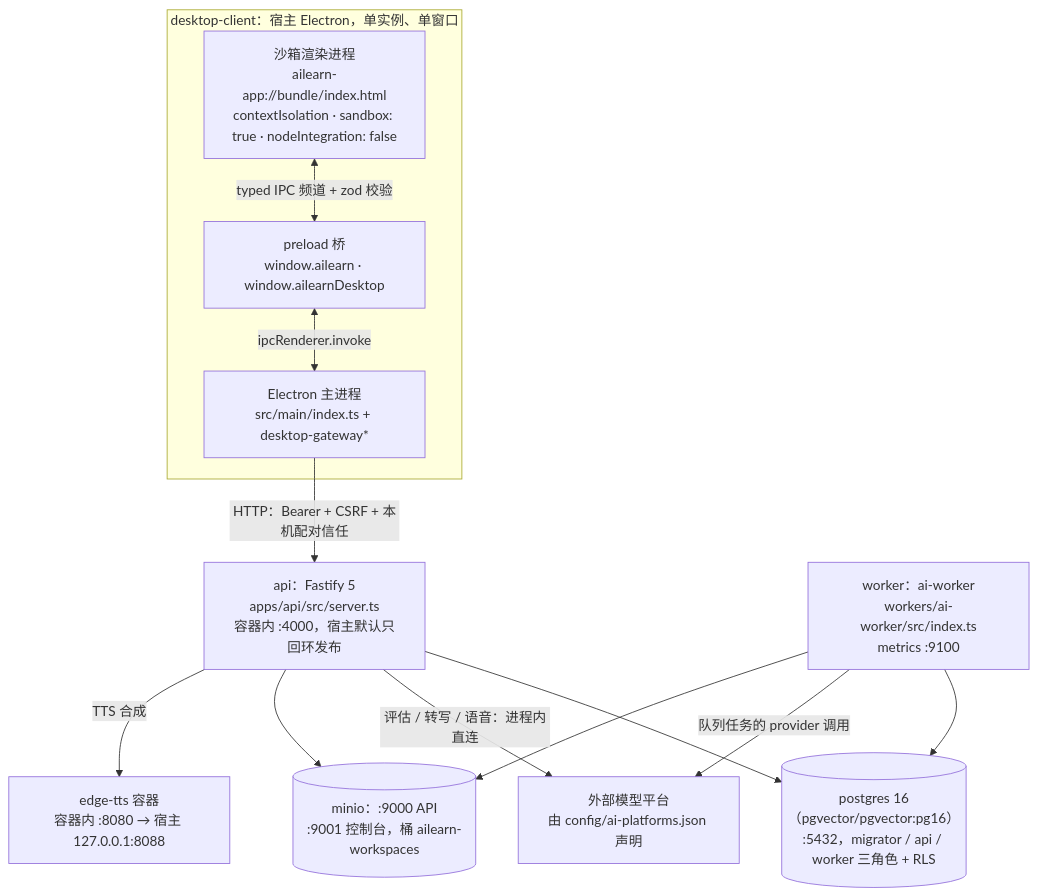
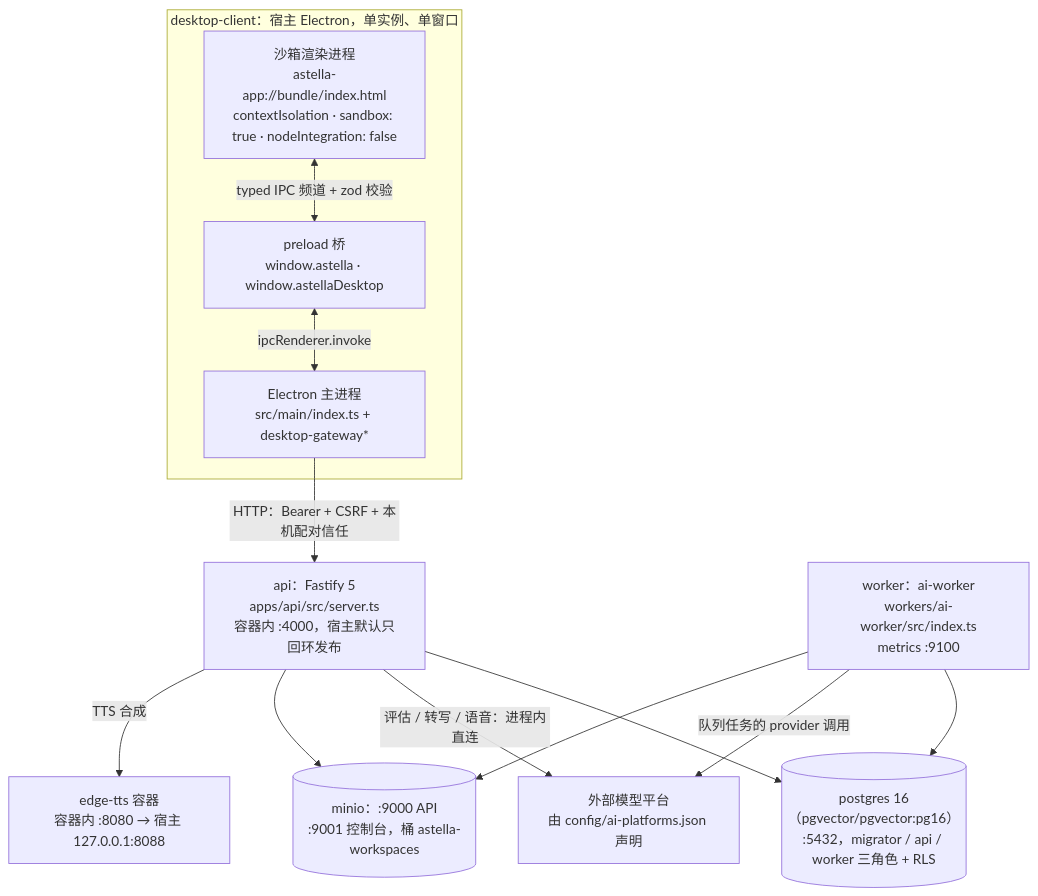
One commit to asklins223/Astella changed the first of 2 diagrams in docs/guide/zh/architecture.md. Above: the diagram before and after it, drawn with Mermaid. The commit also changed other lines of this file and 1583 other files, not shown here.

First line of the commit message:
chore: 全量改名 ailearn → astella，并补中英文 guide 分册与传图默认值迁移

````diff
--- a/docs/guide/zh/architecture.md
+++ b/docs/guide/zh/architecture.md
@@ -24,26 +24,26 @@
 ```mermaid
 flowchart TB
   subgraph client["desktop-client：宿主 Electron，单实例、单窗口"]
-    REN["沙箱渲染进程<br/>ailearn-app://bundle/index.html<br/>contextIsolation · sandbox: true · nodeIntegration: false"]
-    PRE["preload 桥<br/>window.ailearn · window.ailearnDesktop"]
+    REN["沙箱渲染进程<br/>astella-app://bundle/index.html<br/>contextIsolation · sandbox: true · nodeIntegration: false"]
+    PRE["preload 桥<br/>window.astella · window.astellaDesktop"]
     MAIN["Electron 主进程<br/>src/main/index.ts + desktop-gateway*"]
     REN <-->|"typed IPC 频道 + zod 校验"| PRE
     PRE <-->|"ipcRenderer.invoke"| MAIN
   end
 
   API["api：Fastify 5<br/>apps/api/src/server.ts<br/>容器内 :4000，宿主默认只回环发布"]
   WK["worker：ai-worker<br/>workers/ai-worker/src/index.ts<br/>metrics :9100"]
   PG[("postgres 16（pgvector/pgvector:pg16）<br/>:5432，migrator / api / worker 三角色 + RLS")]
-  MINIO[("minio：:9000 API<br/>:9001 控制台，桶 ailearn-workspaces")]
+  MINIO[("minio：:9000 API<br/>:9001 控制台，桶 astella-workspaces")]
   TTS["edge-tts 容器<br/>容器内 :8080 → 宿主 127.0.0.1:8088"]
   LLM["外部模型平台<br/>由 config/ai-platforms.json 声明"]
 
   MAIN -->|"HTTP：Bearer + CSRF + 本机配对信任"| API
   API --> PG
   WK --> PG
   API -->|"评估 / 转写 / 语音：进程内直连"| LLM
   WK -->|"队列任务的 provider 调用"| LLM
   API --> MINIO
   WK --> MINIO
   API -->|"TTS 合成"| TTS
 ```
````
